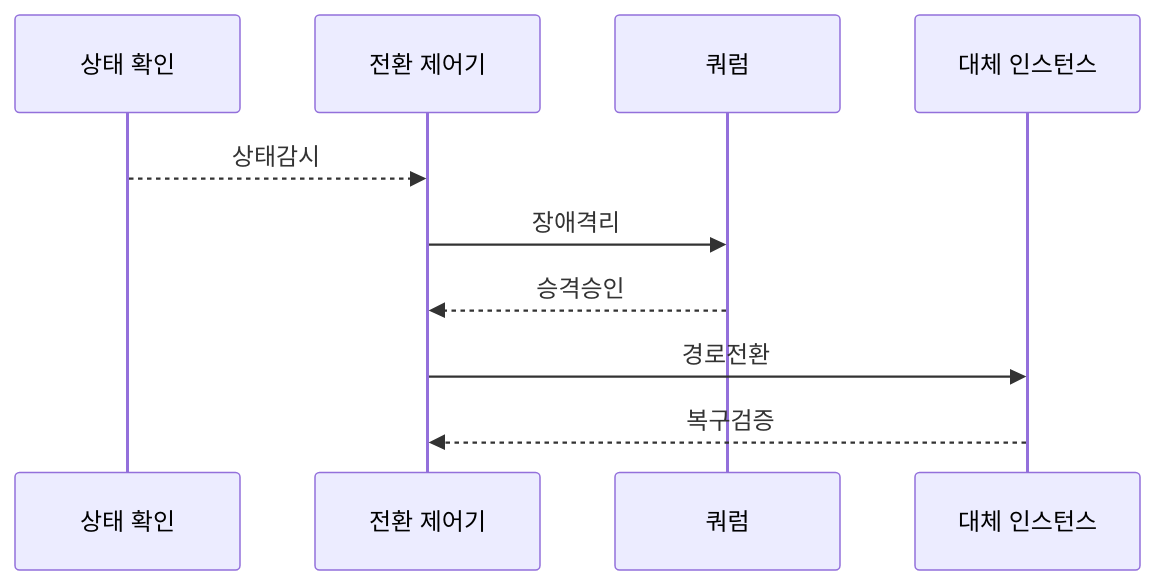
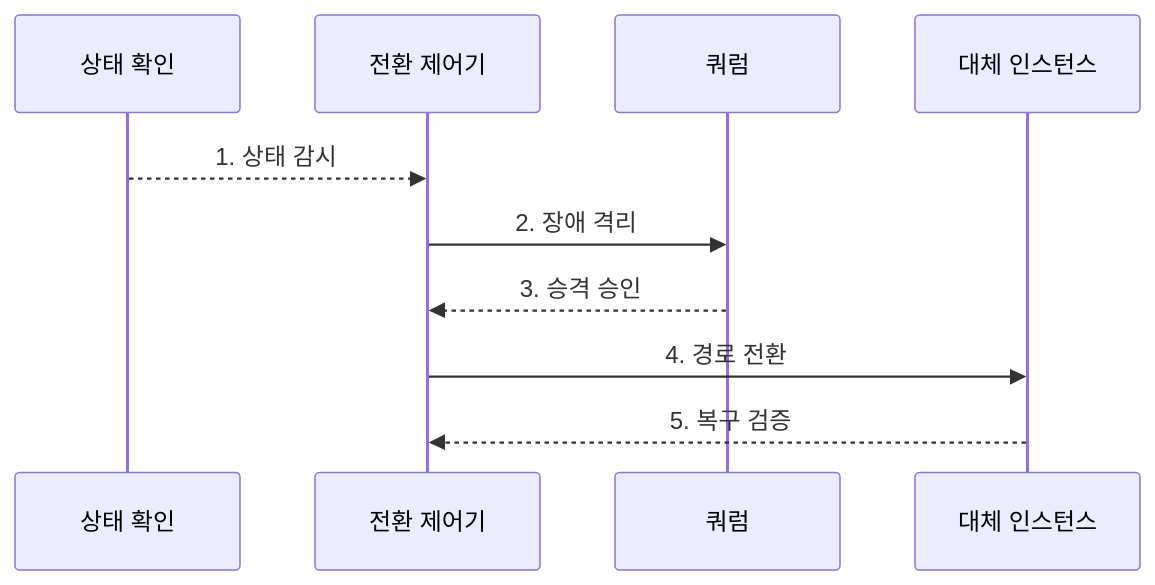
Before and after one commit to agnusdei1207/knowledge-base: the second of 2 diagrams in src/content/docs/notes/03-software/198_high_availability_design.md, drawn with Mermaid. The commit also changed other lines of this file and 20 other files, not shown here.

````diff
--- a/src/content/docs/notes/03-software/198_high_availability_design.md
+++ b/src/content/docs/notes/03-software/198_high_availability_design.md
@@ -93,12 +87,12 @@
 ```mermaid
 sequenceDiagram
     participant H as 상태 확인
     participant C as 전환 제어기
     participant Q as 쿼럼
     participant N as 대체 인스턴스
-    H-->>C: 상태감시
-    C->>Q: 장애격리
-    Q-->>C: 승격승인
-    C->>N: 경로전환
-    N-->>C: 복구검증
+    H-->>C: 1. 상태 감시
+    C->>Q: 2. 장애 격리
+    Q-->>C: 3. 승격 승인
+    C->>N: 4. 경로 전환
+    N-->>C: 5. 복구 검증
 ```
````
